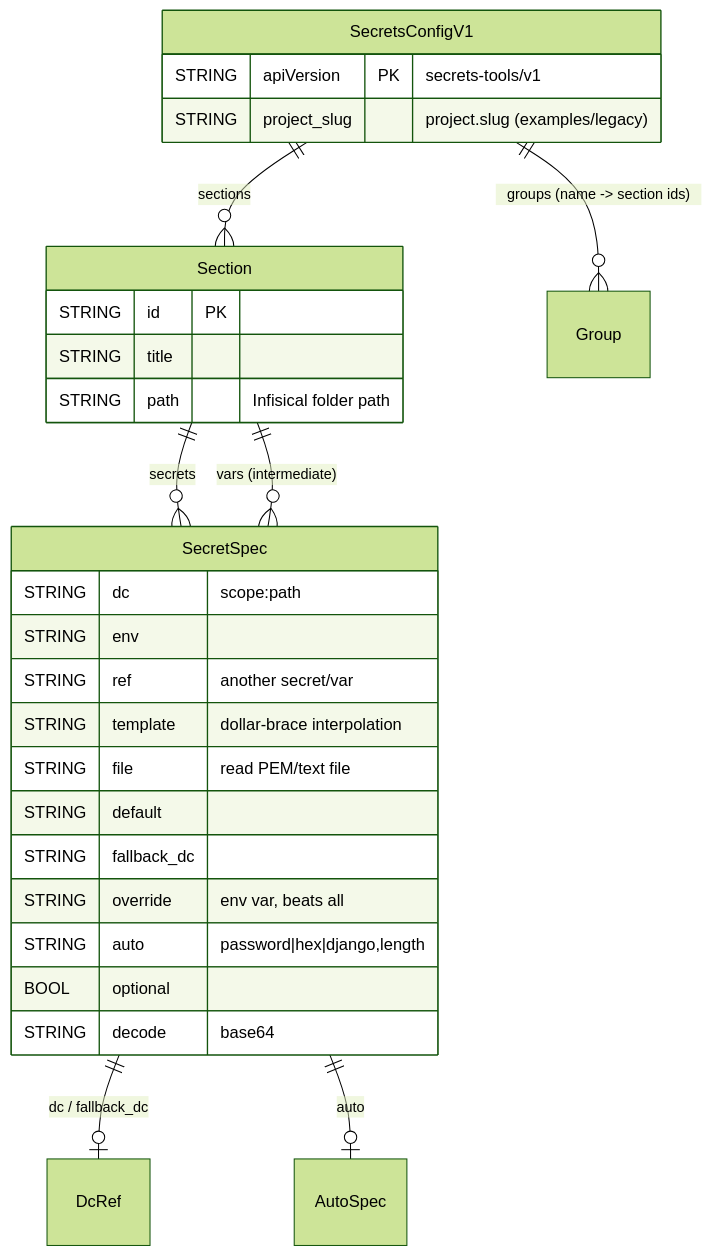
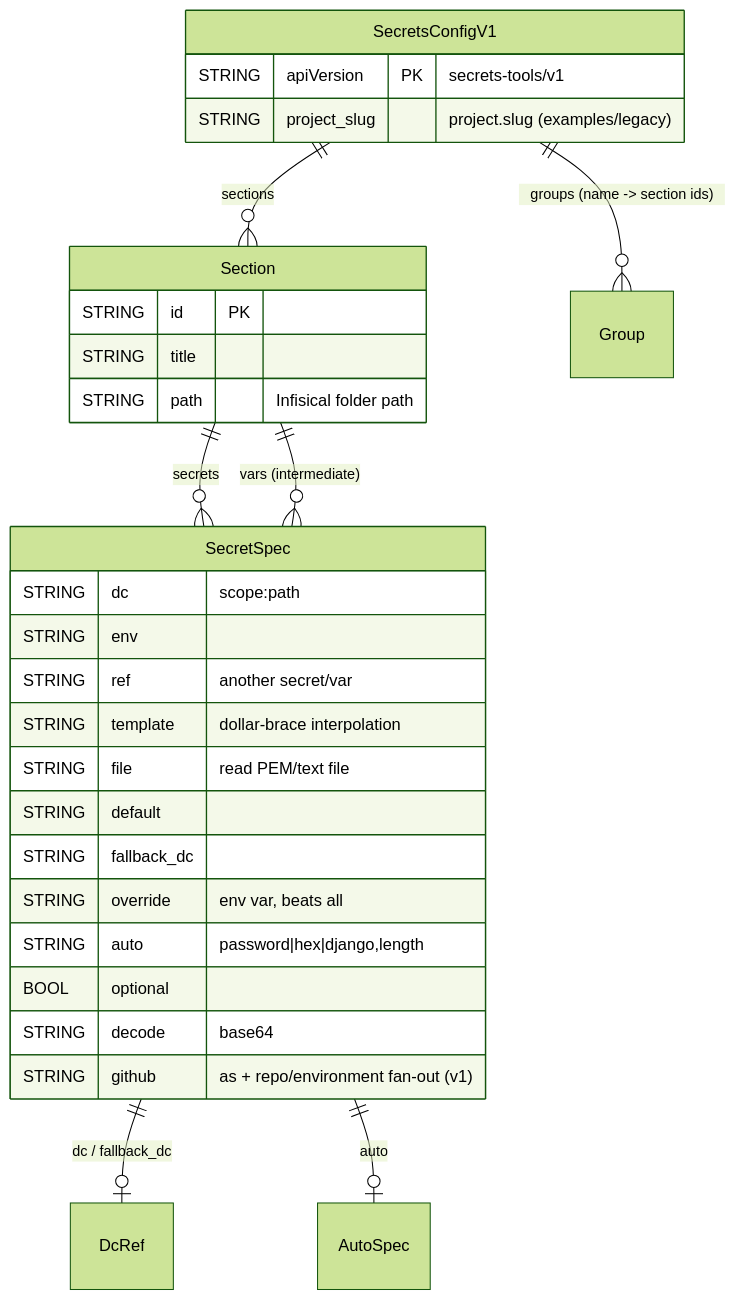
Before and after one commit to the-robot-lives/secrets-tools: the first of 2 diagrams in docs/PROJ-SCHEMA.md, drawn with Mermaid (forest theme). The commit also changed other lines of this file and 4 other files, not shown here.

First line of the commit message:
docs(github-sync): schema + howto for GitHub Actions secret fan-out

````diff
--- a/docs/PROJ-SCHEMA.md
+++ b/docs/PROJ-SCHEMA.md
@@ -30,32 +36,33 @@
 ```mermaid
 erDiagram
     SecretsConfigV1 ||--o{ Section : "sections"
     SecretsConfigV1 ||--o{ Group : "groups (name -> section ids)"
     Section ||--o{ SecretSpec : "secrets"
     Section ||--o{ SecretSpec : "vars (intermediate)"
     SecretSpec ||--o| DcRef : "dc / fallback_dc"
     SecretSpec ||--o| AutoSpec : "auto"
 
     SecretsConfigV1 {
         STRING apiVersion PK "secrets-tools/v1"
         STRING project_slug "project.slug (examples/legacy)"
     }
     Section {
         STRING id PK
         STRING title
         STRING path "Infisical folder path"
     }
     SecretSpec {
         STRING dc "scope:path"
         STRING env
         STRING ref "another secret/var"
         STRING template "dollar-brace interpolation"
         STRING file "read PEM/text file"
         STRING default
         STRING fallback_dc
         STRING override "env var, beats all"
         STRING auto "password|hex|django,length"
         BOOL optional
         STRING decode "base64"
+        STRING github "as + repo/environment fan-out (v1)"
     }
 ```
````
